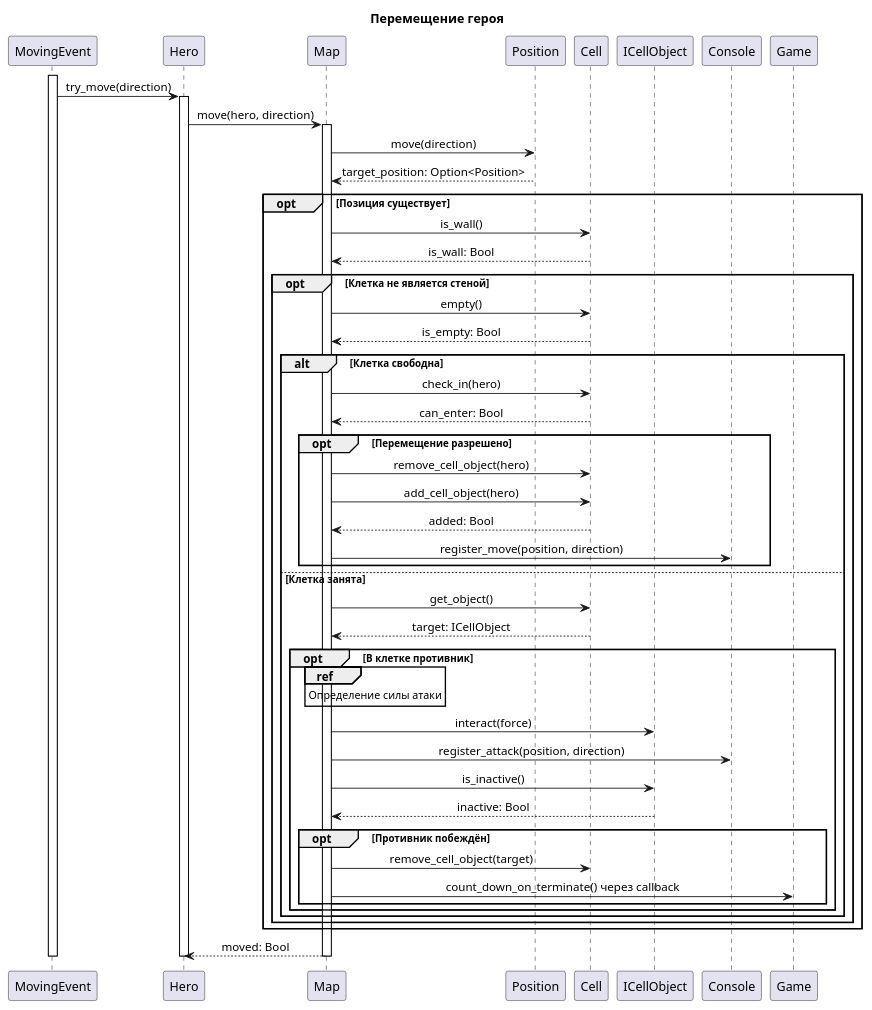
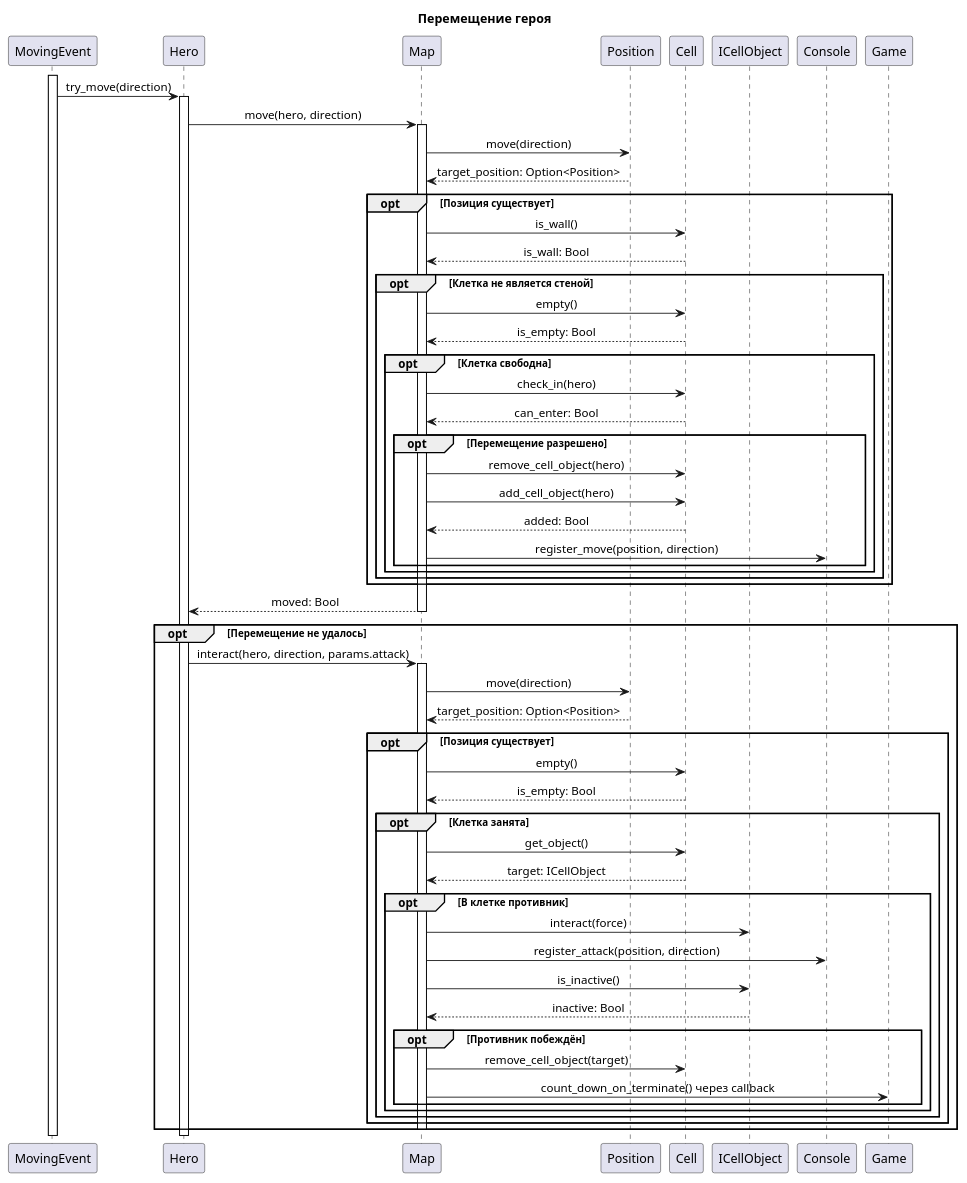
The diagram in docs/diagrams/sequence/sequence_hero_movement.plantuml (ISArchitec/Roguelike), drawn with PlantUML before and after one commit. The commit also changed 3 other files, not shown here.

Commit message:
fix: normal and special attack flows

```diff
--- a/docs/diagrams/sequence/sequence_hero_movement.plantuml
+++ b/docs/diagrams/sequence/sequence_hero_movement.plantuml
@@ -1,61 +1,72 @@
 @startuml
 skinparam shadowing false
 skinparam sequenceParticipant roundCorner 0
 skinparam sequenceLifeLineBorderColor black
 skinparam sequenceLifeLineBackgroundColor white
 skinparam sequenceMessageAlign center
 title Перемещение героя
 
 participant MovingEvent as Event
 participant Hero
 participant Map
 participant Position
 participant Cell
 participant ICellObject as Object
 participant Console
 participant Game
 
 activate Event
 Event -> Hero: try_move(direction)
 activate Hero
 Hero -> Map: move(hero, direction)
 activate Map
 Map -> Position: move(direction)
 Position --> Map: target_position: Option<Position>
 opt Позиция существует
     Map -> Cell: is_wall()
     Cell --> Map: is_wall: Bool
     opt Клетка не является стеной
         Map -> Cell: empty()
         Cell --> Map: is_empty: Bool
-        alt Клетка свободна
+        opt Клетка свободна
             Map -> Cell: check_in(hero)
             Cell --> Map: can_enter: Bool
             opt Перемещение разрешено
                 Map -> Cell: remove_cell_object(hero)
                 Map -> Cell: add_cell_object(hero)
                 Cell --> Map: added: Bool
                 Map -> Console: register_move(position, direction)
             end
-        else Клетка занята
+        end
+    end
+end
+Map --> Hero: moved: Bool
+deactivate Map
+opt Перемещение не удалось
+    Hero -> Map: interact(hero, direction, params.attack)
+    activate Map
+    Map -> Position: move(direction)
+    Position --> Map: target_position: Option<Position>
+    opt Позиция существует
+        Map -> Cell: empty()
+        Cell --> Map: is_empty: Bool
+        opt Клетка занята
             Map -> Cell: get_object()
             Cell --> Map: target: ICellObject
             opt В клетке противник
-                ref over Map: Определение силы атаки
                 Map -> Object: interact(force)
                 Map -> Console: register_attack(position, direction)
                 Map -> Object: is_inactive()
                 Object --> Map: inactive: Bool
                 opt Противник побеждён
                     Map -> Cell: remove_cell_object(target)
                     Map -> Game: count_down_on_terminate() через callback
                 end
             end
         end
     end
+    deactivate Map
 end
-Map --> Hero: moved: Bool
-deactivate Map
 deactivate Hero
 deactivate Event
 @enduml
```
